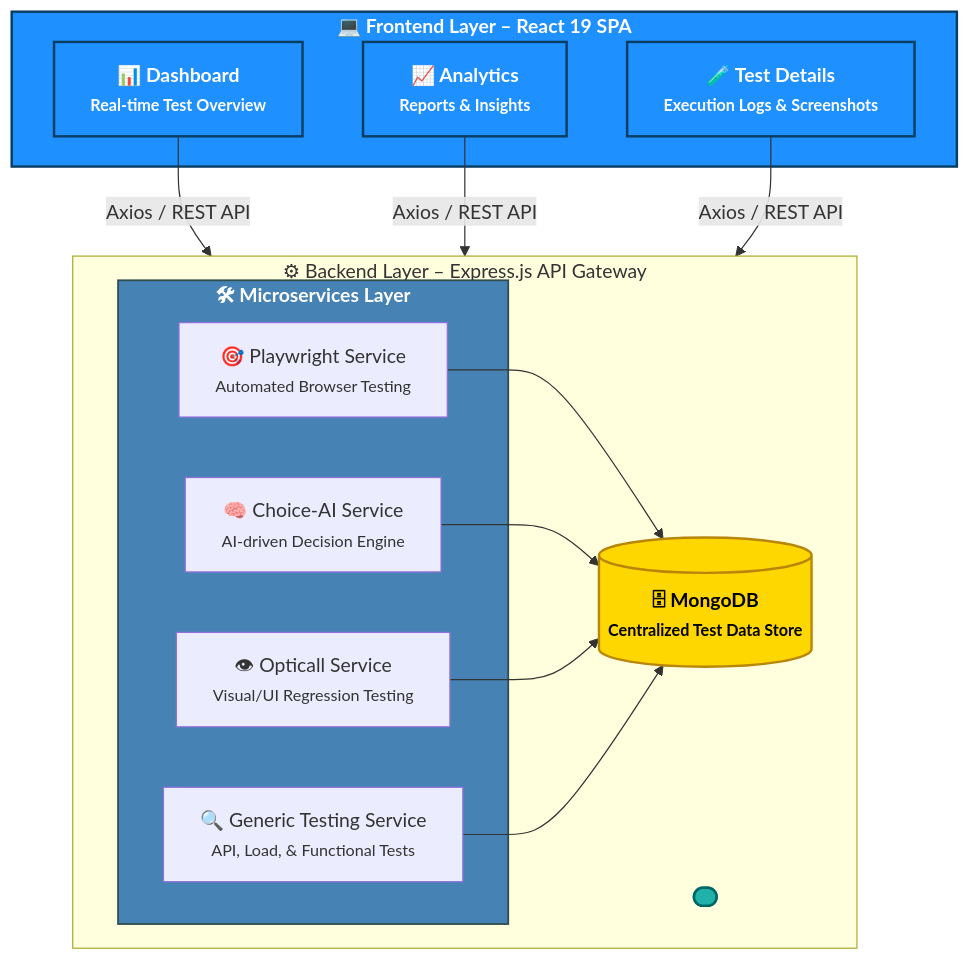
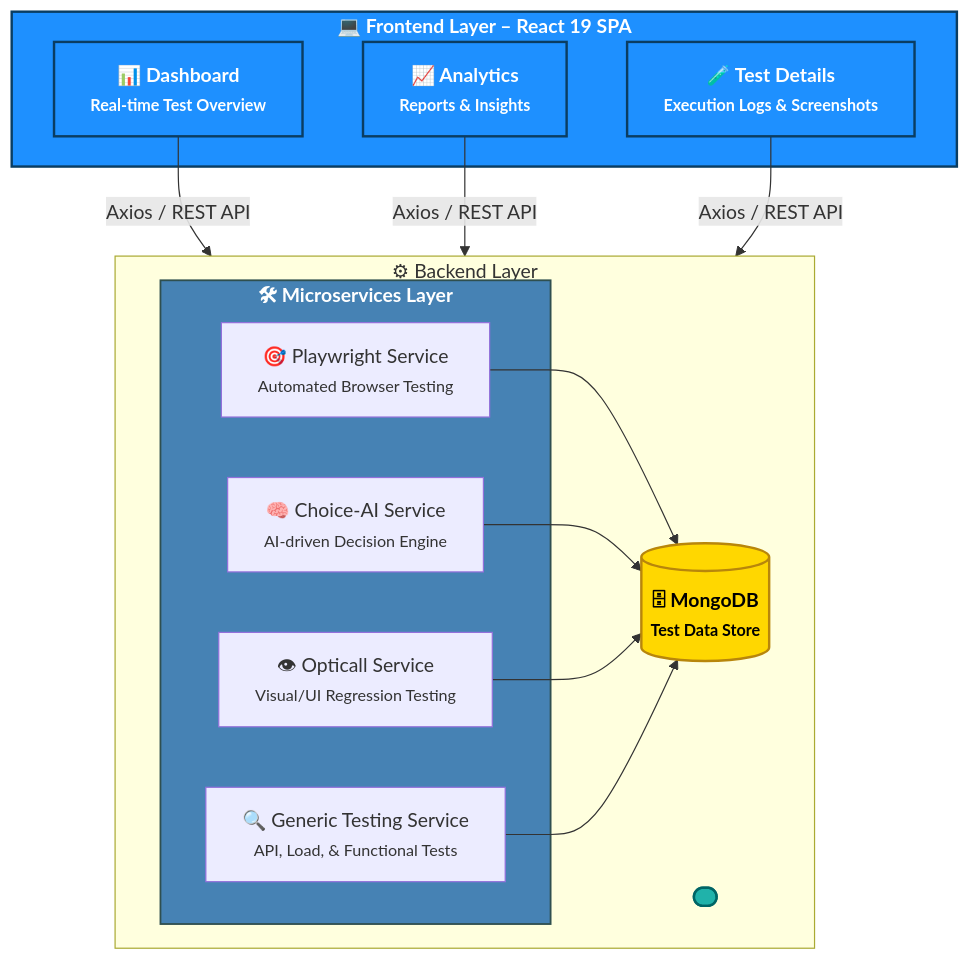
Before and after one commit to Aayushhh07/PSI-QA: the diagram in README.md, drawn with Mermaid. The commit also changed other lines of this file, not shown here.

````diff
--- a/README.md
+++ b/README.md
@@ -139,47 +142,47 @@
 ```mermaid
 flowchart TD
     %% Styling
     classDef frontend fill:#1E90FF,stroke:#0a3d62,stroke-width:2px,color:#fff,font-weight:bold
     classDef backend fill:#20B2AA,stroke:#006666,stroke-width:2px,color:#fff,font-weight:bold
     classDef microservices fill:#4682B4,stroke:#2F4F4F,stroke-width:1.5px,color:#fff,font-weight:bold
     classDef database fill:#FFD700,stroke:#b8860b,stroke-width:2px,color:#000,font-weight:bold
     classDef apiLink stroke-dasharray:5 5
 
     %% FRONTEND
     subgraph FE[💻 Frontend Layer – React 19 SPA]
         D[📊 Dashboard<br><small>Real-time Test Overview</small>]
         A[📈 Analytics<br><small>Reports & Insights</small>]
         T[🧪 Test Details<br><small>Execution Logs & Screenshots</small>]
     end
     class FE,D,A,T frontend
 
     %% BACKEND
-    subgraph BE[⚙ Backend Layer – Express.js API Gateway]
+    subgraph BE[⚙ Backend Layer]
         spacer1([" "]):::backend
         %% MICRO SERVICES
         subgraph MS[🛠 Microservices Layer]
             P[🎯 Playwright Service<br><small>Automated Browser Testing</small>]
             C[🧠 Choice-AI Service<br><small>AI-driven Decision Engine</small>]
             O[👁 Opticall Service<br><small>Visual/UI Regression Testing</small>]
             G[🔍 Generic Testing Service<br><small>API, Load, & Functional Tests</small>]
         end
-        DB[(🗄 MongoDB<br><small>Centralized Test Data Store</small>)]
+        DB[(🗄 MongoDB<br><small>Test Data Store</small>)]
     end
     class BE backend
     class MS microservices
     class DB database
 
     %% CONNECTIONS
     D -- "Axios / REST API" --> BE
     A -- "Axios / REST API" --> BE
     T -- "Axios / REST API" --> BE
 
     P --> DB
     C --> DB
     O --> DB
     G --> DB
 
 
 
 
 ```
````
